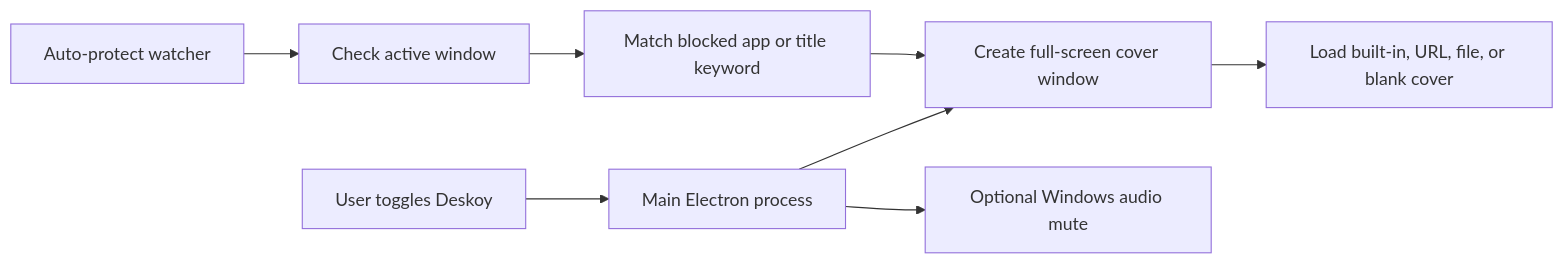
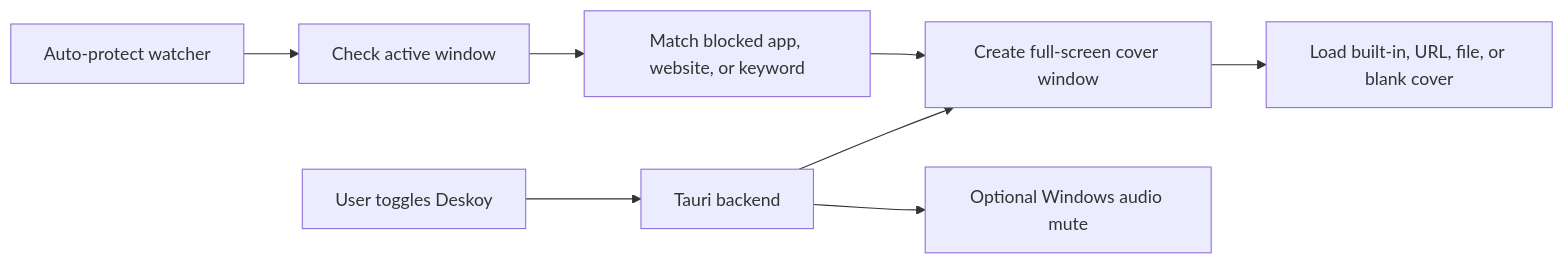
One commit to setjet/deskoy changed the diagram in README.md. Above: the diagram before and after it, drawn with Mermaid. The commit also changed other lines of this file, not shown here.

Commit message:
update readme for current deskoy

````diff
--- a/README.md
+++ b/README.md
@@ -57,10 +58,10 @@
 ```mermaid
 flowchart LR
-  A["User toggles Deskoy"] --> B["Main Electron process"]
+  A["User toggles Deskoy"] --> B["Tauri backend"]
   B --> C["Create full-screen cover window"]
   C --> D["Load built-in, URL, file, or blank cover"]
   B --> E["Optional Windows audio mute"]
   F["Auto-protect watcher"] --> G["Check active window"]
-  G --> H["Match blocked app or title keyword"]
+  G --> H["Match blocked app, website, or keyword"]
   H --> C
 ```
````
